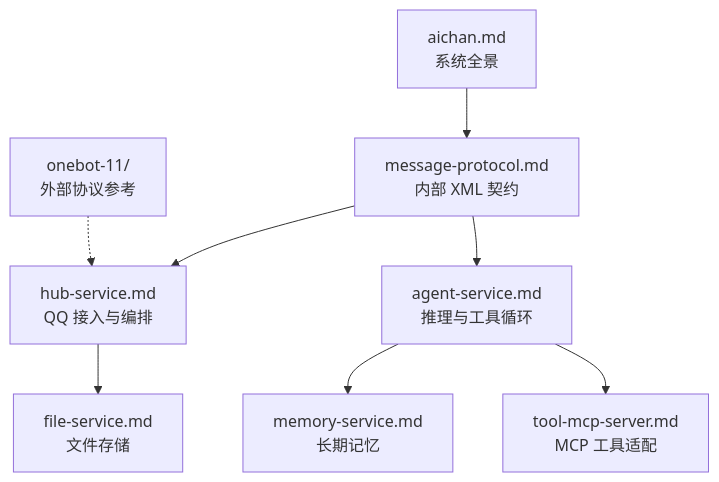
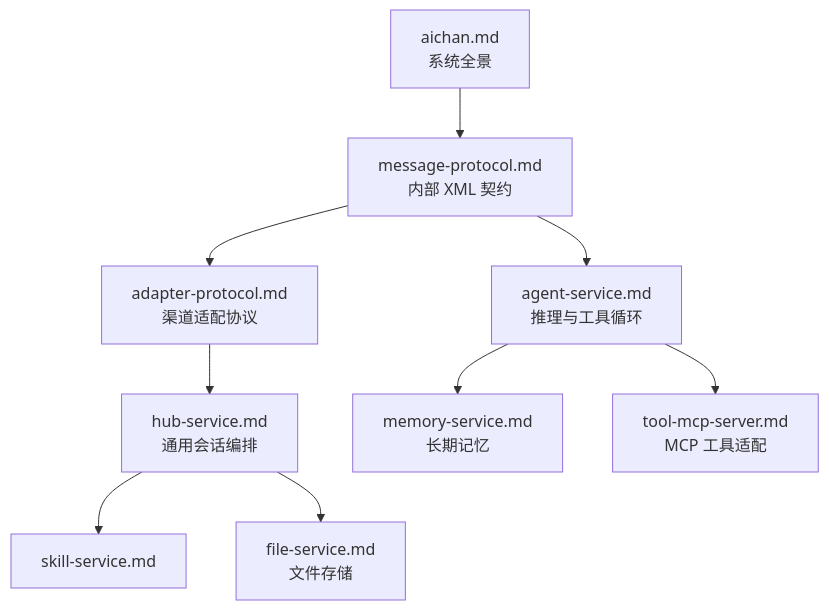
One commit to tamakara/AIChan changed the diagram in docs/README.md. Above: the diagram before and after it, drawn with Mermaid. The commit also changed other lines of this file and 116 other files, not shown here.

````diff
--- a/docs/README.md
+++ b/docs/README.md
@@ -5,10 +5,11 @@
 ```mermaid
 flowchart TD
     overview[aichan.md<br/>系统全景] --> protocol[message-protocol.md<br/>内部 XML 契约]
-    protocol --> hub[hub-service.md<br/>QQ 接入与编排]
+    protocol --> adapter[adapter-protocol.md<br/>渠道适配协议]
+    adapter --> hub[hub-service.md<br/>通用会话编排]
+    hub --> skills[skill-service.md]
     protocol --> agent[agent-service.md<br/>推理与工具循环]
     hub --> file[file-service.md<br/>文件存储]
     agent --> memory[memory-service.md<br/>长期记忆]
     agent --> tools[tool-mcp-server.md<br/>MCP 工具适配]
-    onebot[onebot-11/<br/>外部协议参考] -.-> hub
 ```
````
